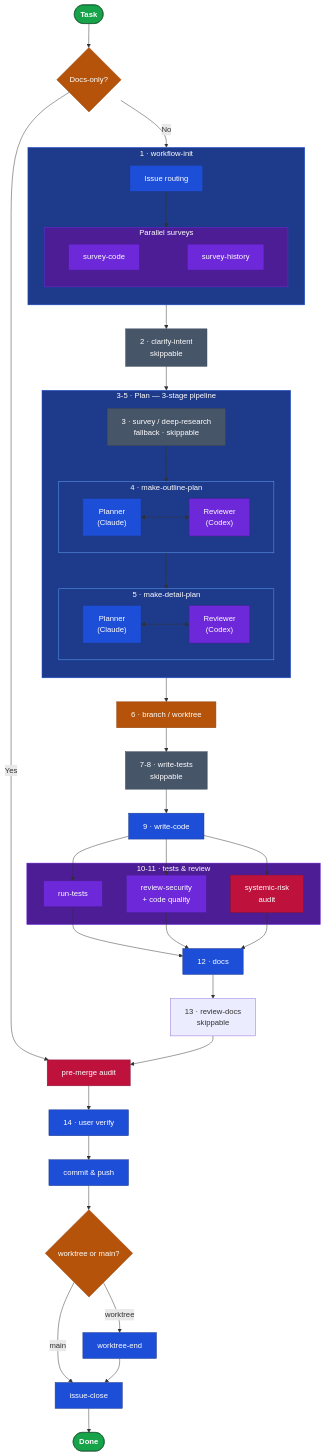
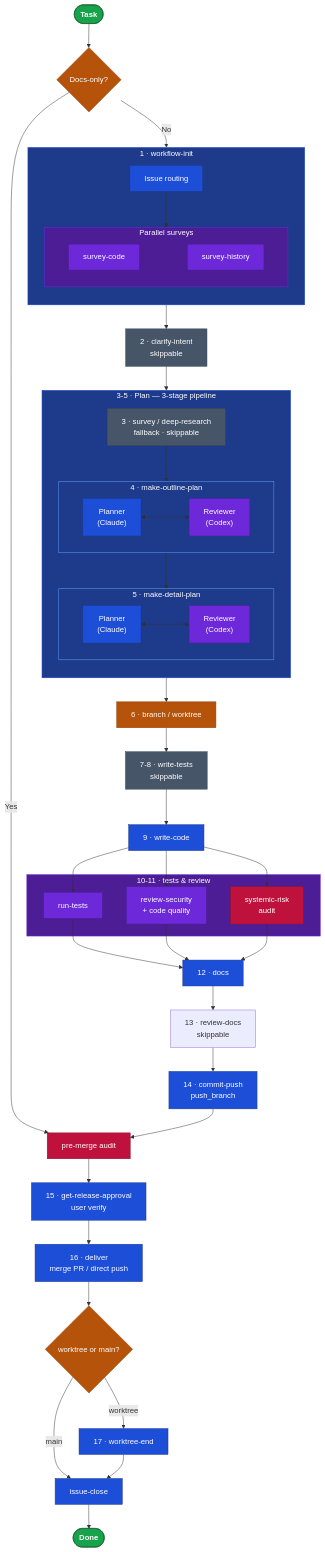
Before and after one commit to nirecom/agents: the diagram in README.md, drawn with Mermaid. The commit also changed other lines of this file and 178 other files, not shown here.

````diff
--- a/README.md
+++ b/README.md
@@ -33,78 +33,79 @@
 ```mermaid
 flowchart TD
     classDef terminal  fill:#16a34a,stroke:#14532d,color:#fff,font-weight:bold
     classDef decision  fill:#b45309,stroke:#92400e,color:#fff
     classDef audit     fill:#be123c,stroke:#881337,color:#fff
     classDef skippable fill:#475569,stroke:#334155,color:#fff
     classDef parallel  fill:#6d28d9,stroke:#4c1d95,color:#fff
     classDef required  fill:#1d4ed8,stroke:#1e3a8a,color:#fff
 
     Task([Task]) --> Doc{Docs-only?}
     Doc -- Yes --> Gate
     Doc -- No  --> S0_sg
 
     subgraph S0_sg["1 · workflow-init"]
         direction TB
         S0_R["Issue routing"]
         subgraph S0_surv["Parallel surveys"]
             direction LR
             S0_SC["survey-code"] ~~~ S0_SH["survey-history"]
         end
         S0_R --> S0_surv
     end
 
     S0_sg --> S1["2 · clarify-intent<br/>skippable"]
     S1 --> P2a
 
     subgraph Plan["3-5 · Plan  —  3-stage pipeline"]
         direction TB
         P2a["3 · survey / deep-research<br/>fallback · skippable"] --> P2b_sg
         subgraph P2b_sg["4 · make-outline-plan"]
             direction LR
             P2b_L["Planner<br/>(Claude)"] <--> P2b_R["Reviewer<br/>(Codex)"]
         end
         P2b_sg --> P2c_sg
         subgraph P2c_sg["5 · make-detail-plan"]
             direction LR
             P2c_L["Planner<br/>(Claude)"] <--> P2c_R["Reviewer<br/>(Codex)"]
         end
     end
 
     Plan --> S3["6 · branch / worktree"]
     S3 --> S4["7-8 · write-tests<br/>skippable"]
     S4 --> S5["9 · write-code"]
 
     S5 --> S6a & S6b & SR
 
     subgraph Review["10-11 · tests & review"]
         S6a["run-tests"]
         S6b["review-security<br/>+ code quality"]
         SR["systemic-risk<br/>audit"]
     end
 
     S6a & S6b & SR --> S7["12 · docs"]
     S7 --> S7d["13 · review-docs<br/>skippable"]
-    S7d --> Gate["pre-merge audit"]
-    Gate --> UV["14 · user verify"]
-    UV --> Push["commit & push"]
+    S7d --> PB["14 · commit-push<br/>push_branch"]
+    PB --> Gate["pre-merge audit"]
+    Gate --> UV["15 · get-release-approval<br/>user verify"]
+    UV --> Push["16 · deliver<br/>merge PR / direct push"]
 
     Push --> Clean{worktree or main?}
-    Clean -- worktree --> WE["worktree-end"]
+    Clean -- worktree --> WE["17 · worktree-end"]
     Clean -- main     --> IC["issue-close"]
     WE --> IC
     IC --> Done([Done])
 
     style S0_sg  fill:#1e3a8a,stroke:#1d4ed8,color:#fff
     style S0_surv fill:#4c1d95,stroke:#6d28d9,color:#fff
     style Plan   fill:#1e3a8a,stroke:#1d4ed8,color:#fff
     style P2b_sg fill:#1e3a8a,stroke:#60a5fa,color:#fff
     style P2c_sg fill:#1e3a8a,stroke:#60a5fa,color:#fff
     style Review fill:#4c1d95,stroke:#6d28d9,color:#fff
 
     class Task,Done terminal
     class Doc,Clean,S3 decision
     class Gate,SR audit
     class S1,P2a,S4 skippable
     class S0_SC,S0_SH,P2b_R,P2c_R,S6a,S6b parallel
-    class S0_R,P2b_L,P2c_L,S5,S7,UV,Push,WE,IC required
+    class S0_R,P2b_L,P2c_L,S5,S7,PB,UV,Push,WE,IC required
 ```
````
